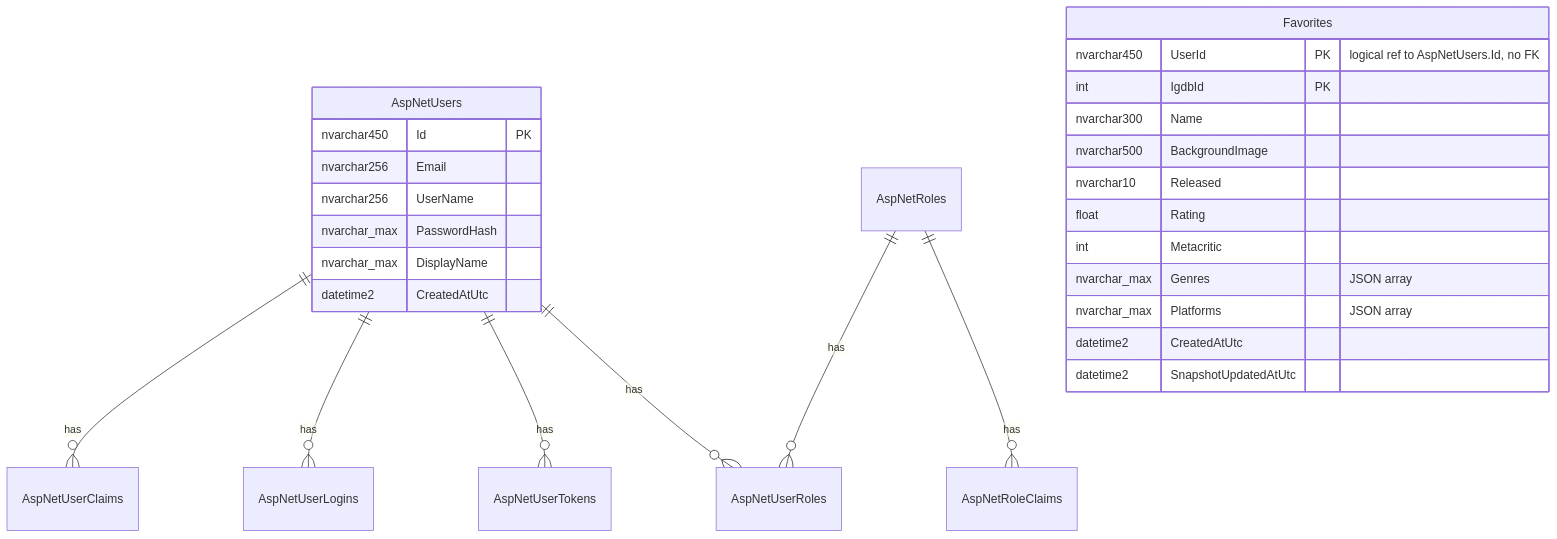
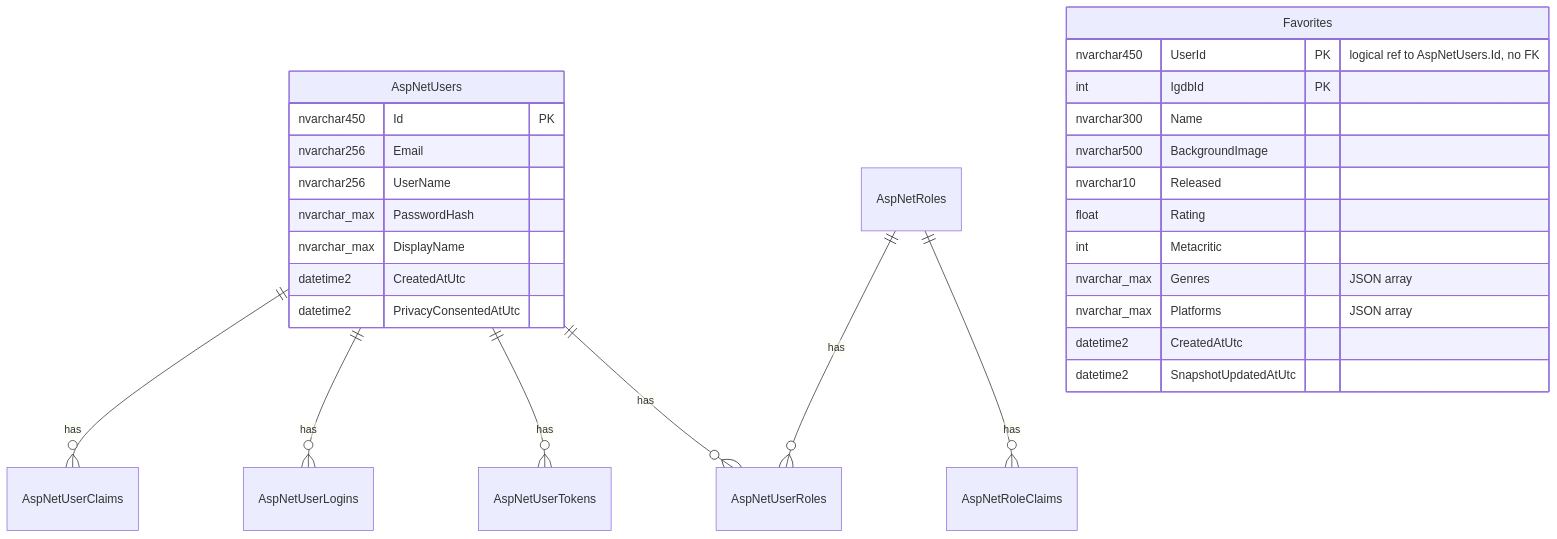
One commit to Terranova-hackathon/terranova changed the diagram in docs/DATABASE.md. Above: the diagram before and after it, drawn with Mermaid. The commit also changed other lines of this file and 13 other files, not shown here.

````diff
--- a/docs/DATABASE.md
+++ b/docs/DATABASE.md
@@ -15,30 +15,31 @@
 ```mermaid
 erDiagram
     AspNetUsers ||--o{ AspNetUserClaims : has
     AspNetUsers ||--o{ AspNetUserLogins : has
     AspNetUsers ||--o{ AspNetUserTokens : has
     AspNetUsers ||--o{ AspNetUserRoles : has
     AspNetRoles ||--o{ AspNetUserRoles : has
     AspNetRoles ||--o{ AspNetRoleClaims : has
     AspNetUsers {
         nvarchar450 Id PK
         nvarchar256 Email
         nvarchar256 UserName
         nvarchar_max PasswordHash
         nvarchar_max DisplayName
         datetime2 CreatedAtUtc
+        datetime2 PrivacyConsentedAtUtc
     }
     Favorites {
         nvarchar450 UserId PK "logical ref to AspNetUsers.Id, no FK"
         int IgdbId PK
         nvarchar300 Name
         nvarchar500 BackgroundImage
         nvarchar10 Released
         float Rating
         int Metacritic
         nvarchar_max Genres "JSON array"
         nvarchar_max Platforms "JSON array"
         datetime2 CreatedAtUtc
         datetime2 SnapshotUpdatedAtUtc
     }
 ```
````
